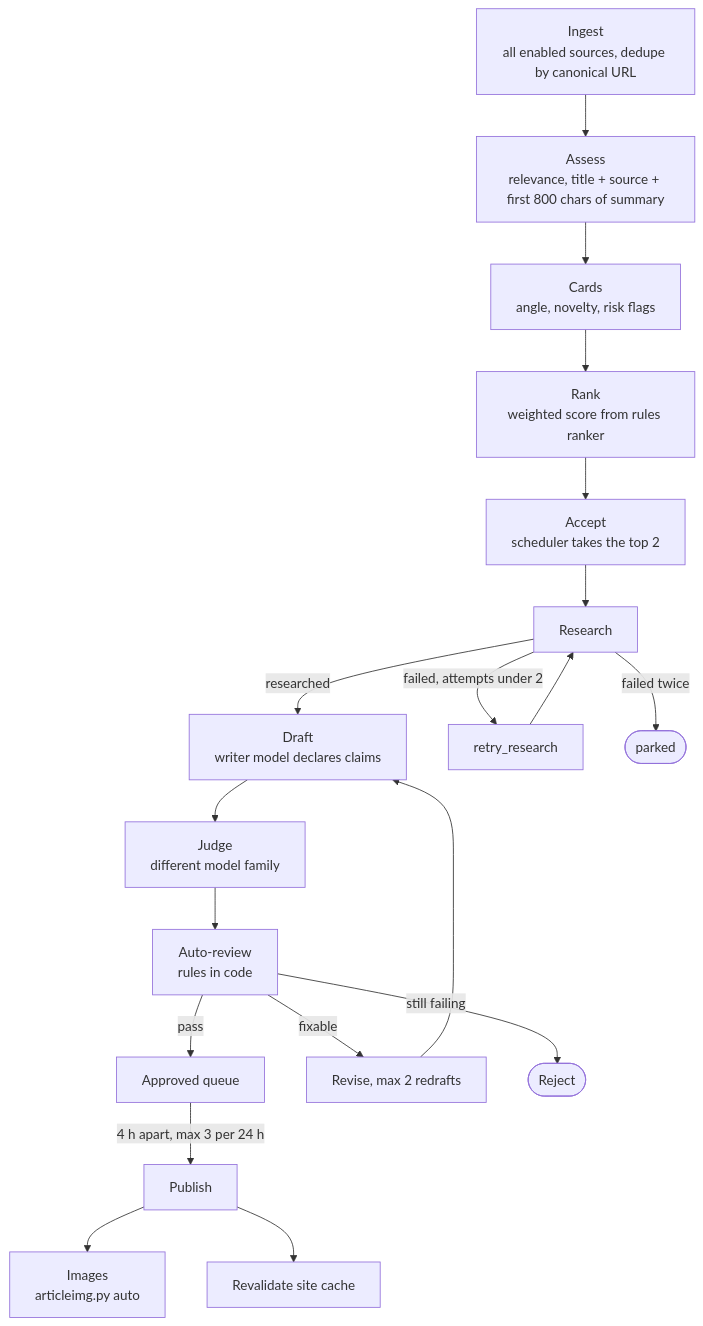
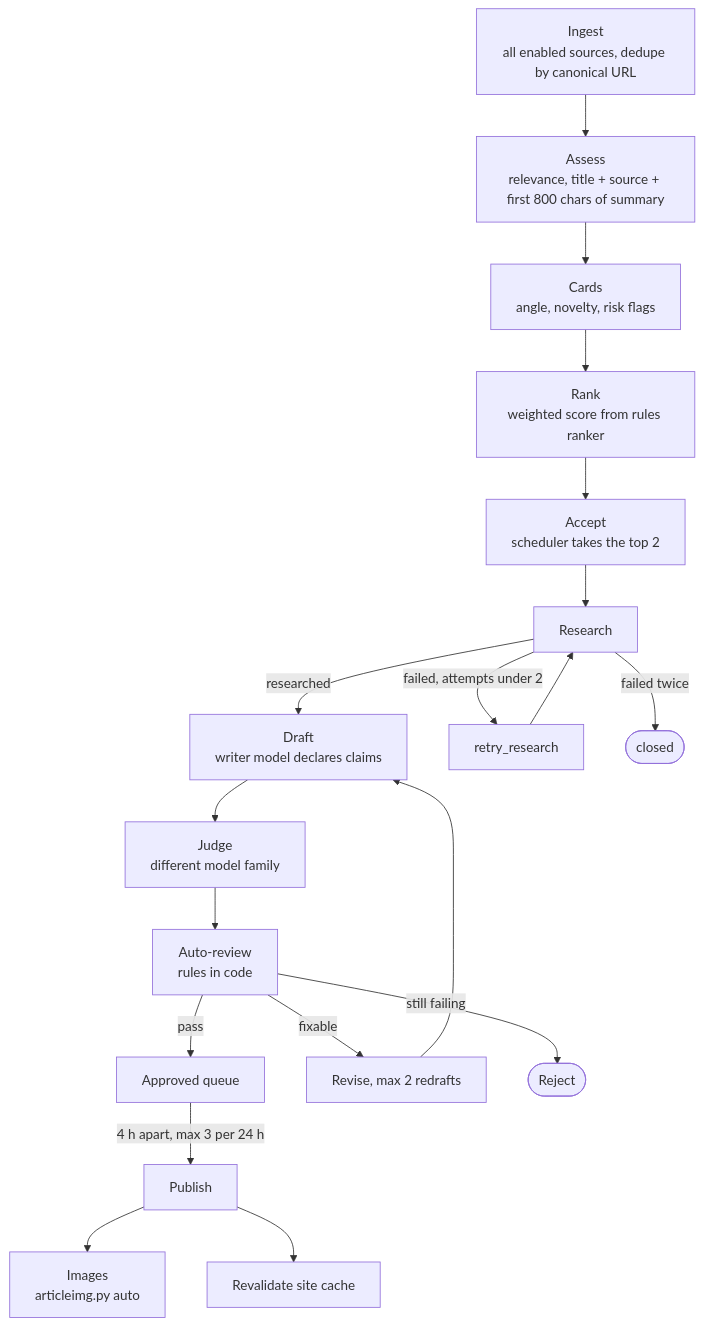
Before and after one commit to suraj-shrivastav/signalforge: the second of 2 diagrams in ARCHITECTURE.md, drawn with Mermaid. The commit also changed other lines of this file and 8 other files, not shown here.

````diff
--- a/ARCHITECTURE.md
+++ b/ARCHITECTURE.md
@@ -56,21 +56,21 @@
 ```mermaid
 flowchart TD
     I["Ingest<br/>all enabled sources, dedupe by canonical URL"] --> A["Assess<br/>relevance, title + source + first 800 chars of summary"]
     A --> C["Cards<br/>angle, novelty, risk flags"]
     C --> RK["Rank<br/>weighted score from rules ranker"]
     RK --> AC["Accept<br/>scheduler takes the top 2"]
     AC --> R["Research"]
     R -->|"researched"| D["Draft<br/>writer model declares claims"]
     R -->|"failed, attempts under 2"| RR["retry_research"]
     RR --> R
-    R -->|"failed twice"| PK(["parked"])
+    R -->|"failed twice"| PK(["closed"])
     D --> J["Judge<br/>different model family"]
     J --> AR["Auto-review<br/>rules in code"]
     AR -->|"pass"| Q["Approved queue"]
     AR -->|"fixable"| RV["Revise, max 2 redrafts"]
     RV --> D
     AR -->|"still failing"| RJ(["Reject"])
     Q -->|"4 h apart, max 3 per 24 h"| PUB["Publish"]
     PUB --> IMG["Images<br/>articleimg.py auto"]
     PUB --> RV2["Revalidate site cache"]
 ```
````
